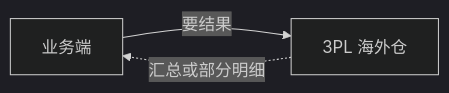
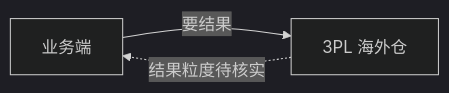
The first of 2 diagrams in 03-需求调研和分析/07-公共能力/公共能力需求调研.md (TopVitamin/QS-WMS-Project), drawn with Mermaid (dark theme) before and after one commit. The commit also changed other lines of this file and 82 other files, not shown here.

````diff
--- a/03-需求调研和分析/07-公共能力/公共能力需求调研.md
+++ b/03-需求调研和分析/07-公共能力/公共能力需求调研.md
@@ -54,5 +56,5 @@
 ```mermaid
 flowchart LR
     B[业务端] -->|要结果| P[3PL 海外仓]
-    P -.->|汇总或部分明细| B
+    P -.->|结果粒度待核实| B
 ```
````
